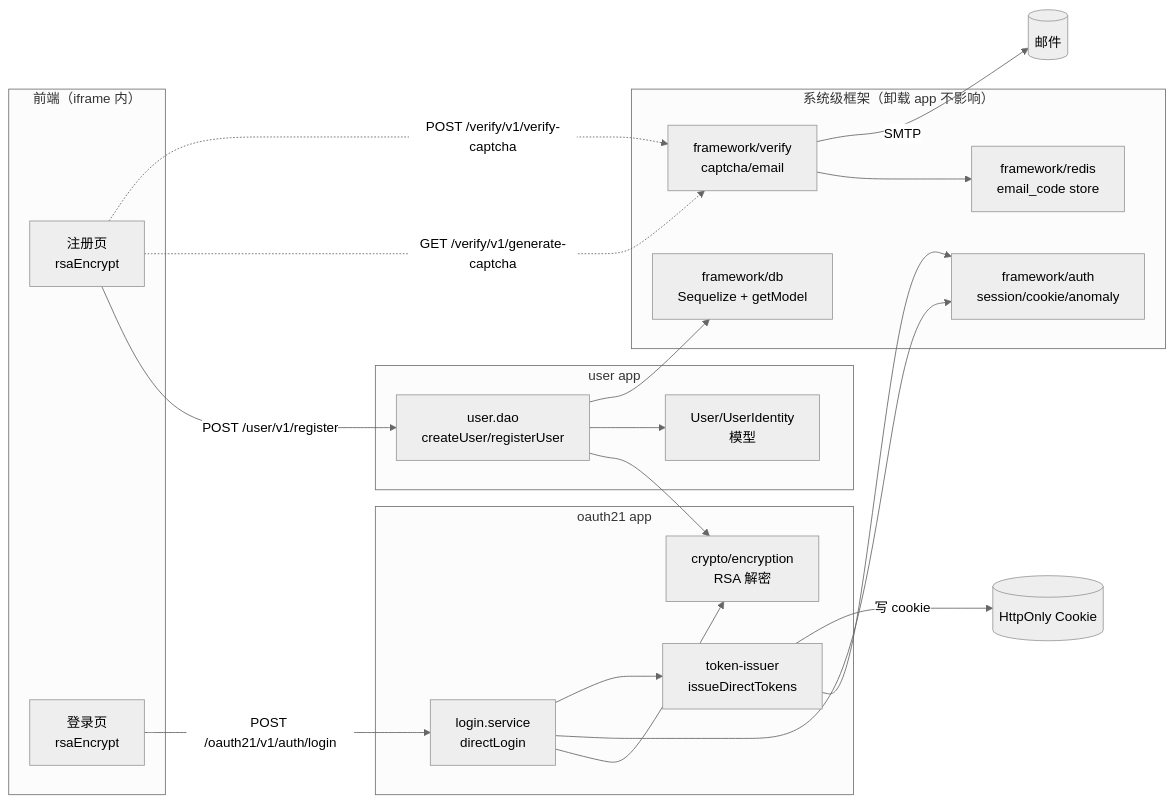
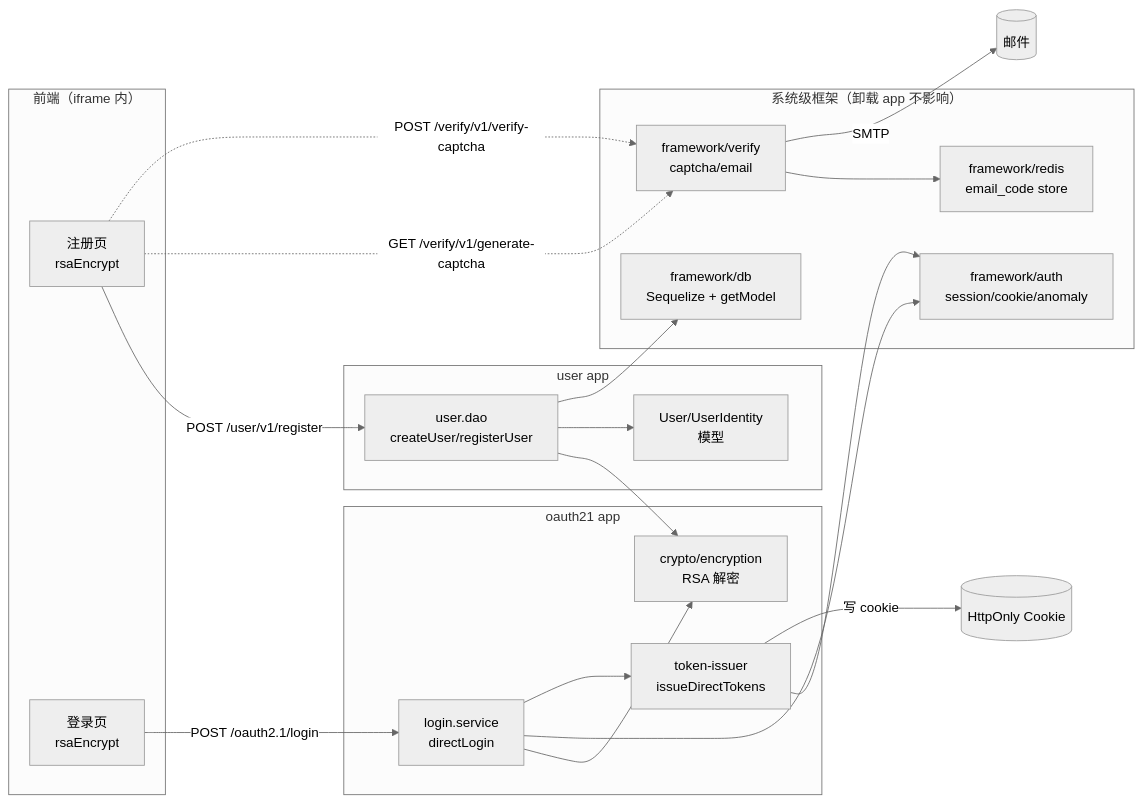
One commit to yijiu2025/CoreFlow changed the third of 10 diagrams in docs/development/注册登录全链路流程图.md. Above: the diagram before and after it, drawn with Mermaid (neutral theme). The commit also changed other lines of this file and 24 other files, not shown here.

````diff
--- a/docs/development/注册登录全链路流程图.md
+++ b/docs/development/注册登录全链路流程图.md
@@ -314,41 +314,41 @@
 ```mermaid
 graph LR
     subgraph 系统级["系统级框架（卸载 app 不影响）"]
         AUTH[framework/auth<br/>session/cookie/anomaly]
         VERIFY[framework/verify<br/>captcha/email]
         DB[framework/db<br/>Sequelize + getModel]
         RDS2[framework/redis<br/>email_code store]
     end
 
     subgraph oauth21["oauth21 app"]
         CRYPT2[crypto/encryption<br/>RSA 解密]
         LOGIN[login.service<br/>directLogin]
         ISS2[token-issuer<br/>issueDirectTokens]
     end
 
     subgraph user["user app"]
         REG[user.dao<br/>createUser/registerUser]
         UMODEL[User/UserIdentity<br/>模型]
     end
 
     subgraph 前端["前端（iframe 内）"]
         REGPAGE[注册页<br/>rsaEncrypt]
         LOGINPAGE[登录页<br/>rsaEncrypt]
     end
 
     REGPAGE -->|POST /user/v1/register| REG
-    LOGINPAGE -->|POST /oauth21/v1/auth/login| LOGIN
+    LOGINPAGE -->|POST /oauth2.1/login| LOGIN
     REGPAGE -.->|GET /verify/v1/generate-captcha| VERIFY
     REGPAGE -.->|POST /verify/v1/verify-captcha| VERIFY
     VERIFY --> RDS2
     VERIFY -->|SMTP| MAIL[(邮件)]
 
     REG --> CRYPT2
     REG --> UMODEL
     REG --> DB
     LOGIN --> CRYPT2
     LOGIN --> AUTH
     LOGIN --> ISS2
     ISS2 --> AUTH
     ISS2 -->|写 cookie| COOKIE[(HttpOnly Cookie)]
 ```
````
